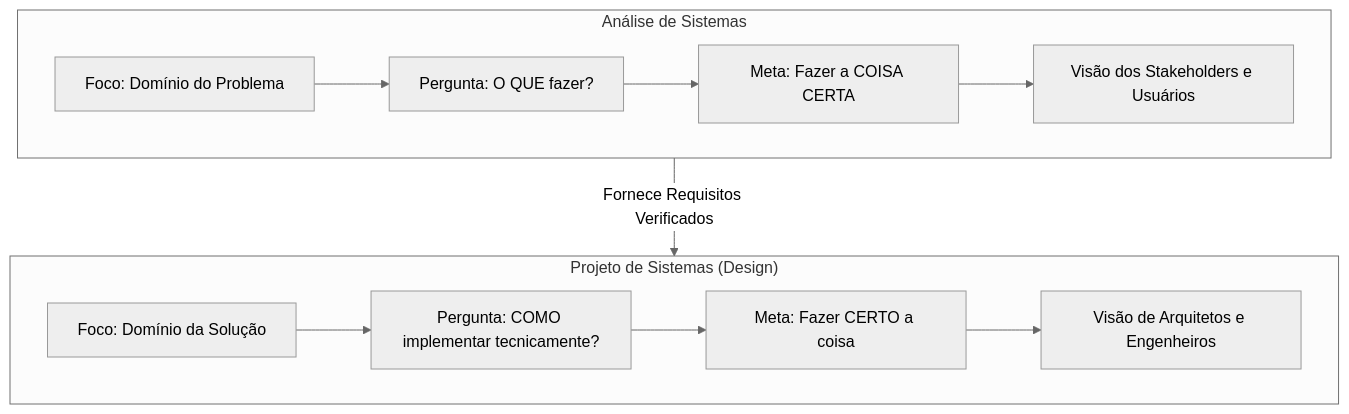
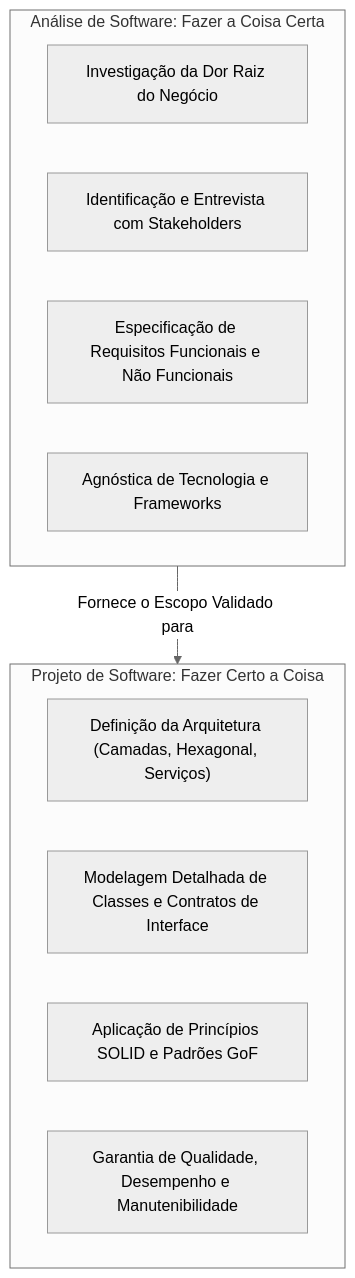
One commit to murilolol/unifef changed the third of 30 diagrams in 4º Semestre/[Prof. Wesley Soares] Engenharia de Software II/Resumos-IA/Caderno-Consolidado.md. Above: the diagram before and after it, drawn with Mermaid (neutral theme). The commit also changed other lines of this file and 58 other files, not shown here.

````diff
--- a/4º Semestre/[Prof. Wesley Soares] Engenharia de Software II/Resumos-IA/Caderno-Consolidado.md
+++ b/4º Semestre/[Prof. Wesley Soares] Engenharia de Software II/Resumos-IA/Caderno-Consolidado.md
@@ -197,20 +181,18 @@
 ```mermaid
 flowchart TD
-  subgraph Analise["Análise de Sistemas"]
-    A1["Foco: Domínio do Problema"]
-    A2["Pergunta: O QUE fazer?"]
-    A3["Meta: Fazer a COISA CERTA"]
-    A4["Visão dos Stakeholders e Usuários"]
-    A1 --> A2 --> A3 --> A4
+  subgraph Analise["Análise de Software: Fazer a Coisa Certa"]
+    A1["Investigação da Dor Raiz do Negócio"]
+    A2["Identificação e Entrevista com Stakeholders"]
+    A3["Especificação de Requisitos Funcionais e Não Funcionais"]
+    A4["Agnóstica de Tecnologia e Frameworks"]
   end
 
-  subgraph Projeto["Projeto de Sistemas (Design)"]
-    P1["Foco: Domínio da Solução"]
-    P2["Pergunta: COMO implementar tecnicamente?"]
-    P3["Meta: Fazer CERTO a coisa"]
-    P4["Visão de Arquitetos e Engenheiros"]
-    P1 --> P2 --> P3 --> P4
+  subgraph Projeto["Projeto de Software: Fazer Certo a Coisa"]
+    P1["Definição da Arquitetura (Camadas, Hexagonal, Serviços)"]
+    P2["Modelagem Detalhada de Classes e Contratos de Interface"]
+    P3["Aplicação de Princípios SOLID e Padrões GoF"]
+    P4["Garantia de Qualidade, Desempenho e Manutenibilidade"]
   end
 
-  Analise -->|"Fornece Requisitos Verificados"| Projeto
+  Analise -->|"Fornece o Escopo Validado para"| Projeto
 ```
````
